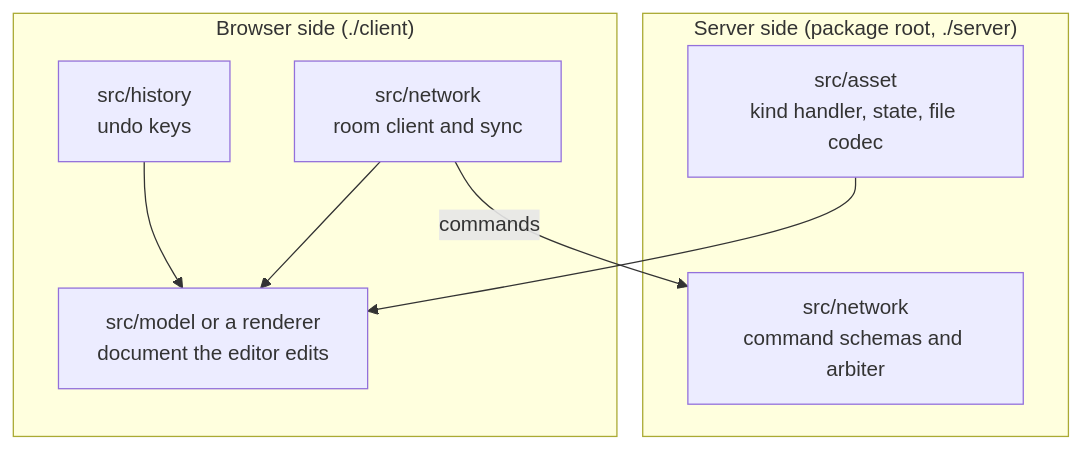
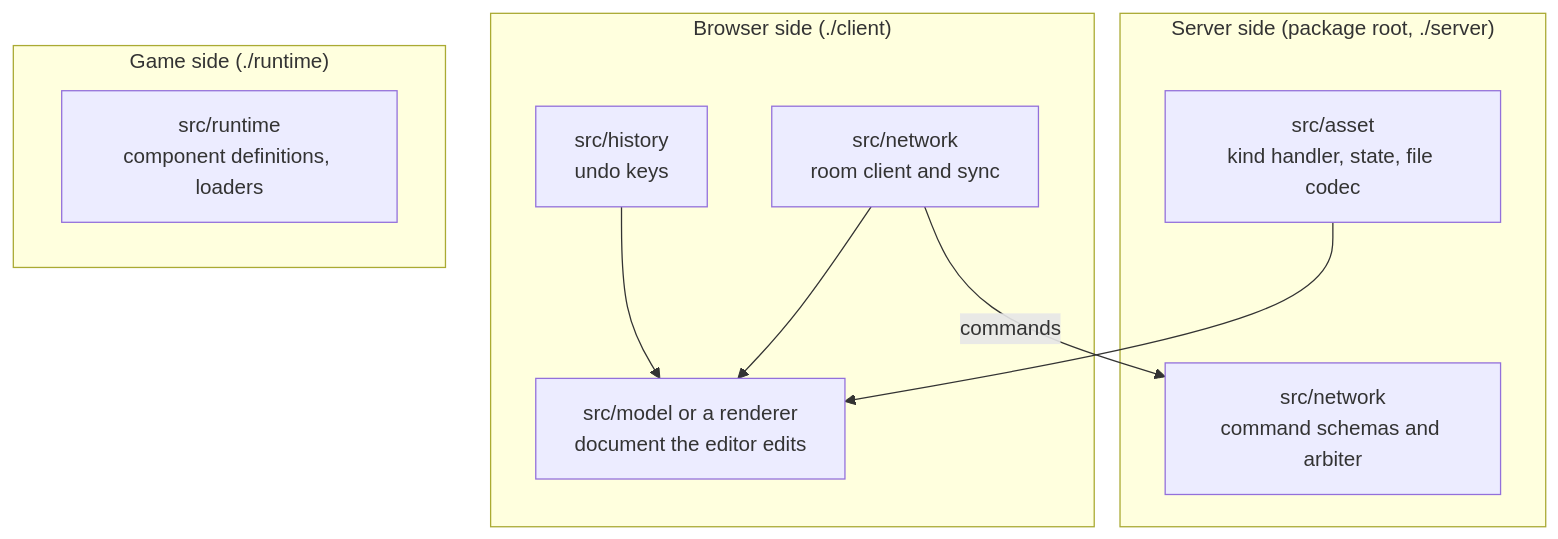
Before and after one commit to JollyPixel/editor: the first of 4 diagrams in packages/assets/ARCHITECTURE.md, drawn with Mermaid. The commit also changed other lines of this file and 243 other files, not shown here.

````diff
--- a/packages/assets/ARCHITECTURE.md
+++ b/packages/assets/ARCHITECTURE.md
@@ -8,18 +8,22 @@
 ```mermaid
 flowchart TB
     subgraph Server["Server side (package root, ./server)"]
         Kind["src/asset<br/>kind handler, state, file codec"]
         Arbiter["src/network<br/>command schemas and arbiter"]
     end
 
     subgraph Client["Browser side (./client)"]
         Document["src/model or a renderer<br/>document the editor edits"]
         Sync["src/network<br/>room client and sync"]
         History["src/history<br/>undo keys"]
     end
 
+    subgraph Game["Game side (./runtime)"]
+        Runtime["src/runtime<br/>component definitions, loaders"]
+    end
+
     Sync -->|"commands"| Arbiter
     Kind --> Document
     Sync --> Document
     History --> Document
 ```
````
